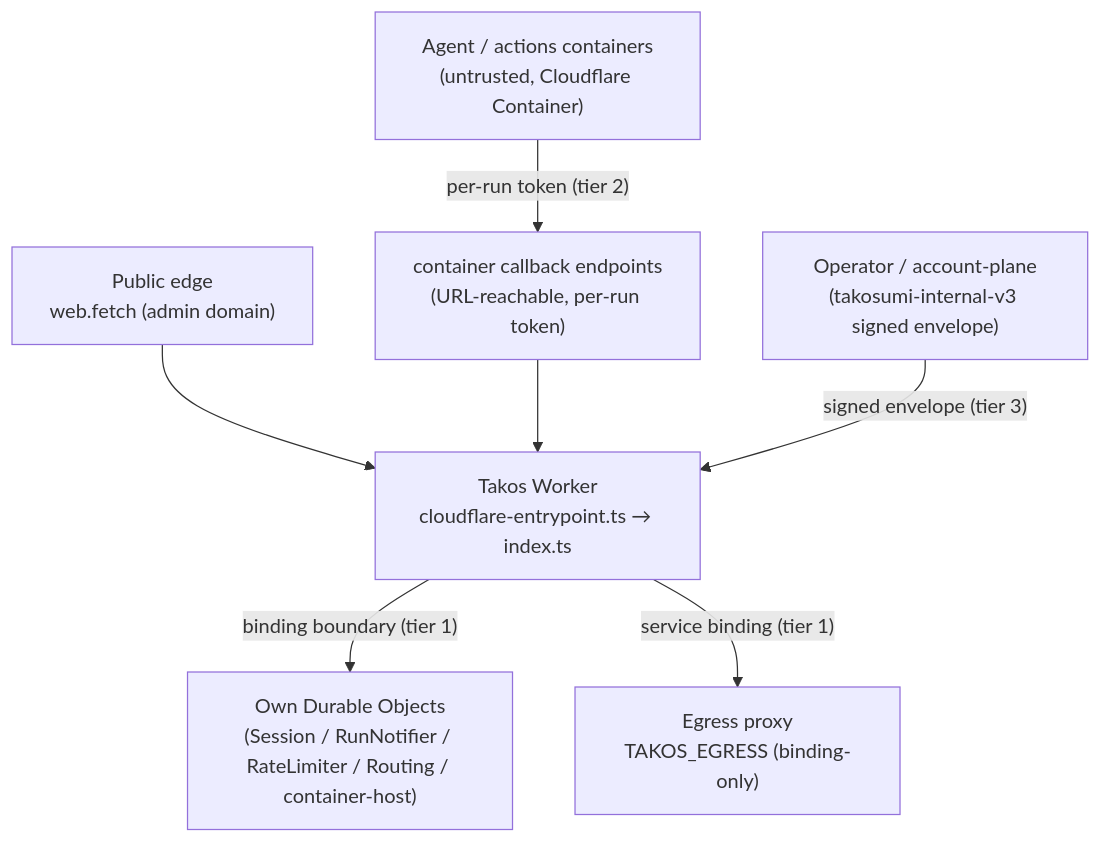
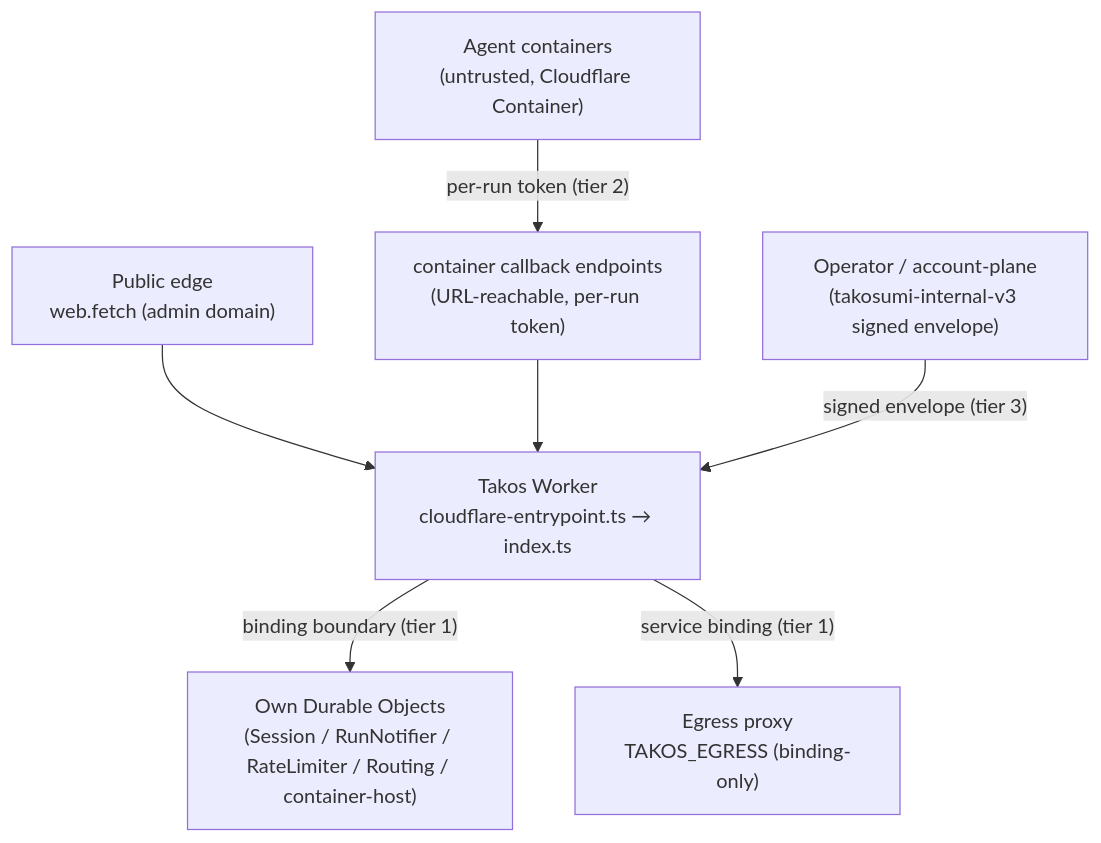
Before and after one commit to tako0614/takos: the second of 2 diagrams in docs/architecture/diagrams.md, drawn with Mermaid. The commit also changed other lines of this file and 205 other files, not shown here.

````diff
--- a/docs/architecture/diagrams.md
+++ b/docs/architecture/diagrams.md
@@ -29,17 +29,17 @@
 ```mermaid
 flowchart TB
   Edge["Public edge<br/>web.fetch (admin domain)"]
   W["Takos Worker<br/>cloudflare-entrypoint.ts → index.ts"]
   DO["Own Durable Objects<br/>(Session / RunNotifier / RateLimiter / Routing / container-host)"]
   Eg["Egress proxy<br/>TAKOS_EGRESS (binding-only)"]
   RH["container callback endpoints<br/>(URL-reachable, per-run token)"]
-  C["Agent / actions containers<br/>(untrusted, Cloudflare Container)"]
+  C["Agent containers<br/>(untrusted, Cloudflare Container)"]
   Op["Operator / account-plane<br/>(takosumi-internal-v3 signed envelope)"]
 
   Edge --> W
   W -- binding boundary (tier 1) --> DO
   W -- service binding (tier 1) --> Eg
   C -- per-run token (tier 2) --> RH
   RH --> W
   Op -- signed envelope (tier 3) --> W
 ```
````
